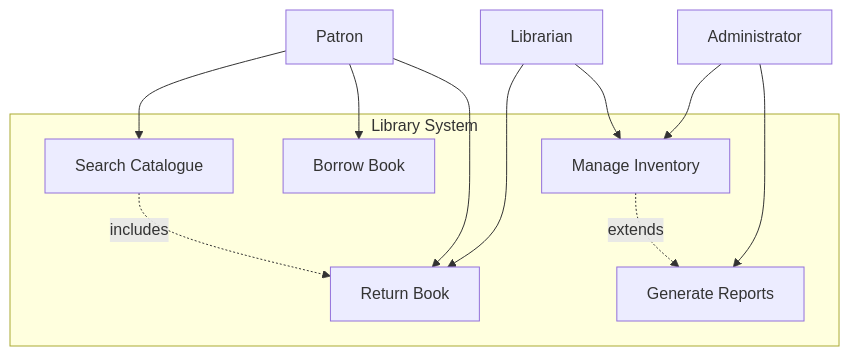
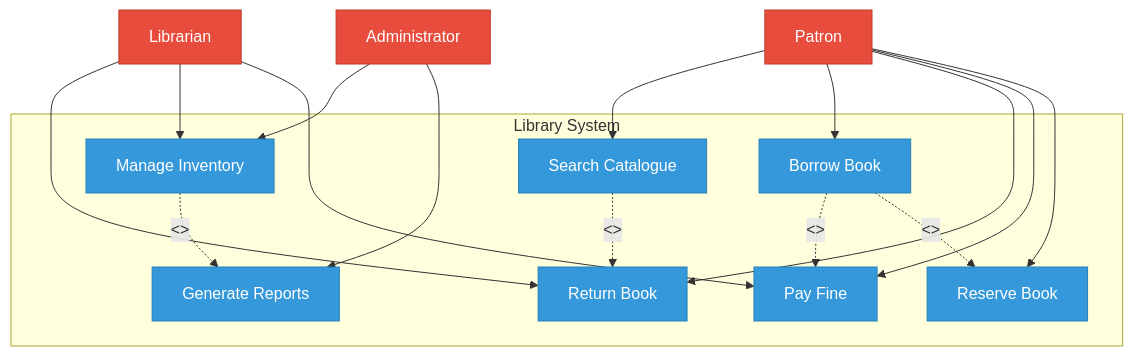
The second of 10 diagrams in docs/courses/software-engineering/03-system-modeling.md (Raushan666java/ai-engineering-journey), drawn with Mermaid before and after one commit. The commit also changed other lines of this file and 15 other files, not shown here.

Commit message:
deploy: software-engineering overhaul - 16 chapters expanded to avg 1284L (+7649L), richer Mermaid, more TS, deeper content

````diff
--- a/docs/courses/software-engineering/03-system-modeling.md
+++ b/docs/courses/software-engineering/03-system-modeling.md
@@ -67,19 +83,31 @@
 ```mermaid
 graph TD
     subgraph "Library System"
-        UC1[Search Catalogue] 
+        UC1[Search Catalogue]
         UC2[Borrow Book]
         UC3[Return Book]
         UC4[Manage Inventory]
         UC5[Generate Reports]
+        UC6[Pay Fine]
+        UC7[Reserve Book]
     end
     A1[Patron] --> UC1
     A1 --> UC2
     A1 --> UC3
+    A1 --> UC6
+    A1 --> UC7
     A2[Librarian] --> UC3
     A2 --> UC4
+    A2 --> UC6
     A3[Administrator] --> UC4
     A3 --> UC5
-    UC4 -.->|extends| UC5
-    UC1 -.->|includes| UC3
+    UC4 -.->|<<extend>>| UC5
+    UC1 -.->|<<include>>| UC3
+    UC2 -.->|<<include>>| UC6
+    UC2 -.->|<<include>>| UC7
+
+    classDef actor fill:#e74c3c,stroke:#c0392b,color:#fff
+    classDef uc fill:#3498db,stroke:#2980b9,color:#fff
+    class A1,A2,A3 actor
+    class UC1,UC2,UC3,UC4,UC5,UC6,UC7 uc
 ```
````
